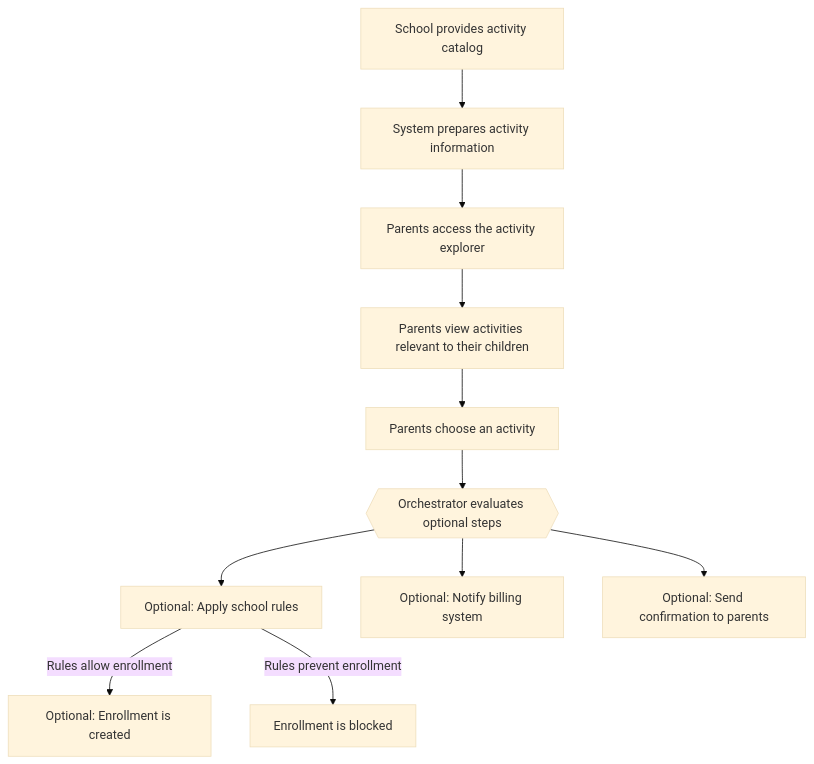
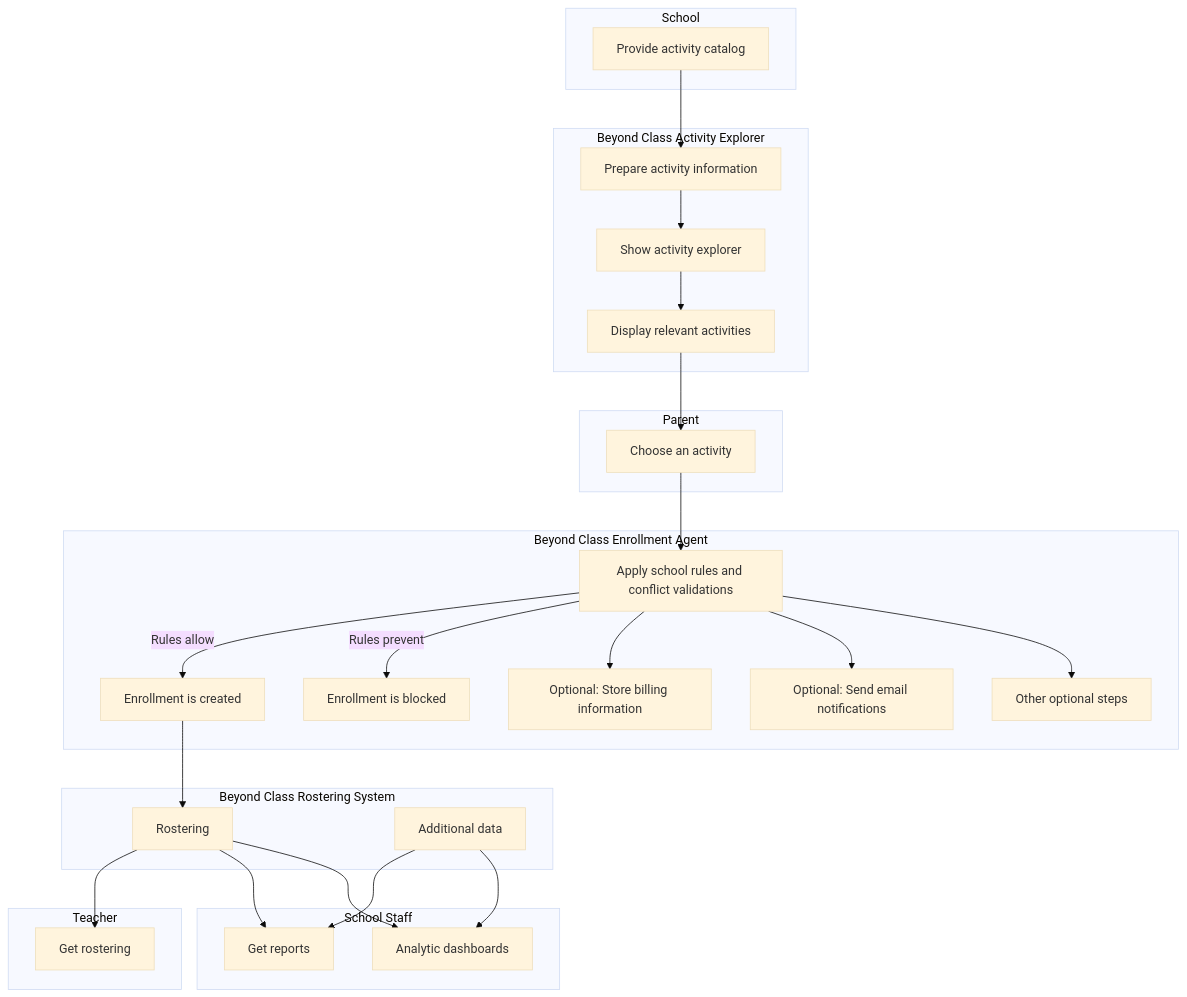
One commit to Andromeda24/BeyondClass changed the diagram in README.md. Above: the diagram before and after it, drawn with Mermaid (base theme). The commit also changed other lines of this file, not shown here.

Commit message:
Revise README.md with enhanced descriptions and diagrams
Updated the README.md to enhance the description of the Beyond Class application and improved the pipeline flowcharts for clarity.

````diff
--- a/README.md
+++ b/README.md
@@ -7,27 +7,63 @@
 ```mermaid
 flowchart TD
+
 %% ============================
-%% Activity Explorer Process
+%% Swimlanes (vertical layout)
 %% ============================
 
-A[School provides activity catalog] --> B[System prepares activity information]
-B --> C[Parents access the activity explorer]
-C --> D[Parents view activities relevant to their children]
-D --> E[Parents choose an activity]
+subgraph School
+A[Provide activity catalog]
+end
+
+subgraph Beyond Class Activity Explorer
+B[Prepare activity information]
+C[Show activity explorer]
+D[Display relevant activities]
+end
+
+subgraph Parent
+E[Choose an activity]
+end
+
+subgraph Beyond Class Enrollment Agent
+F[Apply school rules and conflict validations]
+G[Enrollment is created]
+H[Enrollment is blocked]
+I[Optional: Store billing information]
+J[Optional: Send email notifications]
+K[Other optional steps]
+end
+
+subgraph Beyond Class Rostering System
+L[Rostering]
+Z[Additional data]
+end
+
+subgraph Teacher
+M[Get rostering]
+end
+
+subgraph School Staff
+N[Get reports]
+O[Analytic dashboards]
+end
 
 %% ============================
-%% Enrollment Orchestration
+%% Flow (vertical)
 %% ============================
 
-E --> F{{Orchestrator evaluates optional steps}}
+A --> B --> C --> D --> E --> F
+F -->|Rules allow| G
+F -->|Rules prevent| H
+F --> I
+F --> J
+F --> K
+G --> L
+L --> M
+L --> N
+Z --> N
+L --> O
+Z --> O
 
-%% Validations can block enrollment
-F --> G[Optional: Apply school rules]
-G -->|Rules allow enrollment| H[Optional: Enrollment is created]
-G -->|Rules prevent enrollment| I[Enrollment is blocked]
-
-%% Other optional functional steps
-F --> J[Optional: Notify billing system]
-F --> K[Optional: Send confirmation to parents]
 
 ```
````
